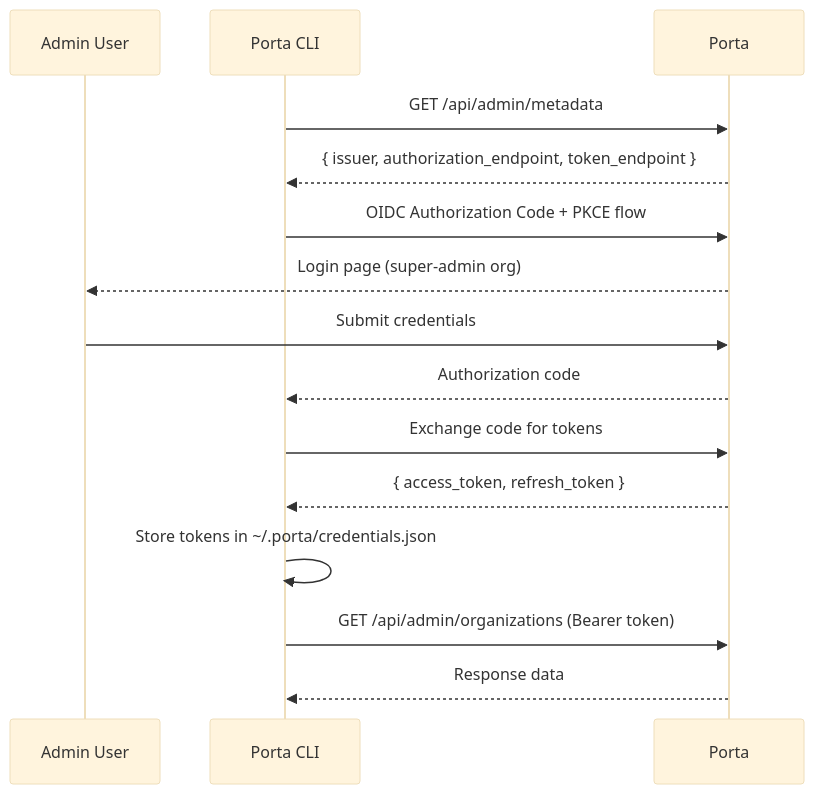
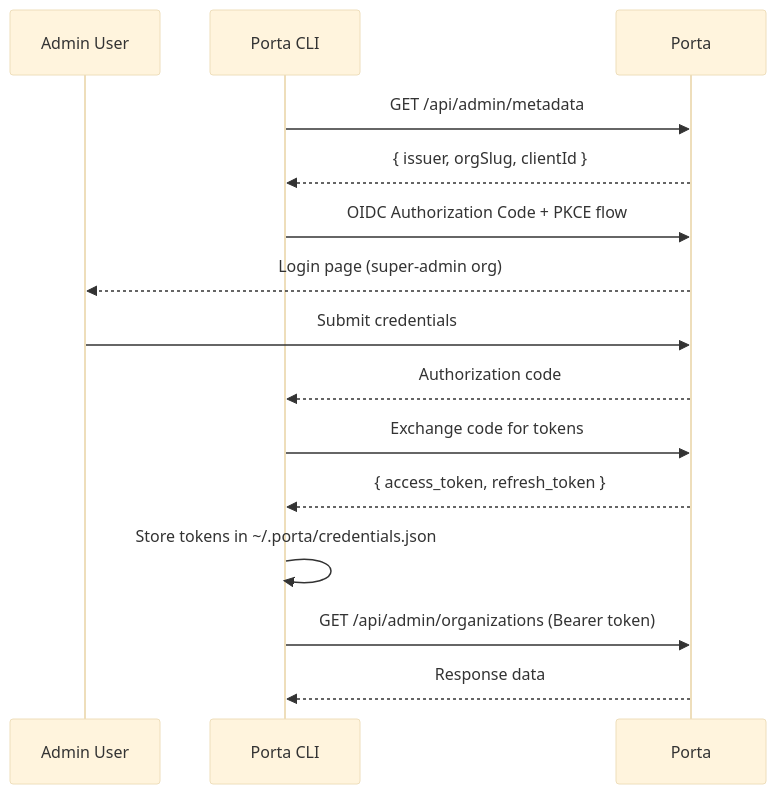
The diagram in docs/api/authentication.md (blendsdk/porta-identity), drawn with Mermaid (base theme) before and after one commit. The commit also changed 3 other files, not shown here.

First line of the commit message:
docs(cli): correct the existing-install client identifier guidance

````diff
--- a/docs/api/authentication.md
+++ b/docs/api/authentication.md
@@ -7,18 +7,18 @@
 ```mermaid
 sequenceDiagram
     participant Admin as Admin User
     participant CLI as Porta CLI
     participant Porta
 
     CLI->>Porta: GET /api/admin/metadata
-    Porta-->>CLI: { issuer, authorization_endpoint, token_endpoint }
+    Porta-->>CLI: { issuer, orgSlug, clientId }
     CLI->>Porta: OIDC Authorization Code + PKCE flow
     Porta-->>Admin: Login page (super-admin org)
     Admin->>Porta: Submit credentials
     Porta-->>CLI: Authorization code
     CLI->>Porta: Exchange code for tokens
     Porta-->>CLI: { access_token, refresh_token }
     CLI->>CLI: Store tokens in ~/.porta/credentials.json
     CLI->>Porta: GET /api/admin/organizations (Bearer token)
     Porta-->>CLI: Response data
 ```
````
